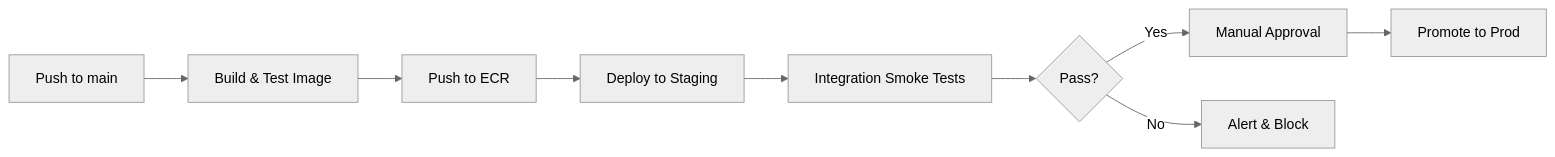
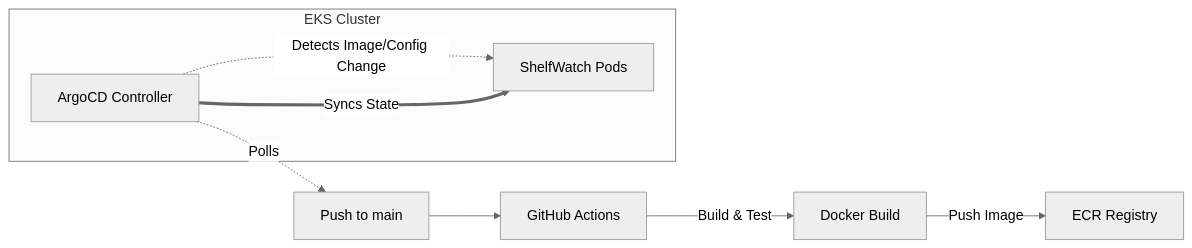
Before and after one commit to NFRohan/ShelfWatch: the diagram in SPRINT_PLAN.md, drawn with Mermaid (neutral theme). The commit also changed other lines of this file and 3 other files, not shown here.

Commit message:
feat: Implement and document a GitOps strategy using Helm and ArgoCD for continuous deployment.

````diff
--- a/SPRINT_PLAN.md
+++ b/SPRINT_PLAN.md
@@ -266,11 +281,15 @@
 ```mermaid
 flowchart LR
-    A[Push to main] --> B[Build & Test Image]
-    B --> C[Push to ECR]
-    C --> D[Deploy to Staging]
-    D --> E[Integration Smoke Tests]
-    E --> F{Pass?}
-    F -- Yes --> G[Manual Approval]
-    G --> H[Promote to Prod]
-    F -- No --> I[Alert & Block]
+    A[Push to main] --> B[GitHub Actions]
+    B -->|Build & Test| C[Docker Build]
+    C -->|Push Image| D[ECR Registry]
+    
+    subgraph Cluster [EKS Cluster]
+        E[ArgoCD Controller]
+        F[ShelfWatch Pods]
+    end
+
+    E -.->|Polls| A
+    E -.->|Detects Image/Config Change| F
+    E ===>|Syncs State| F
 ```
````
